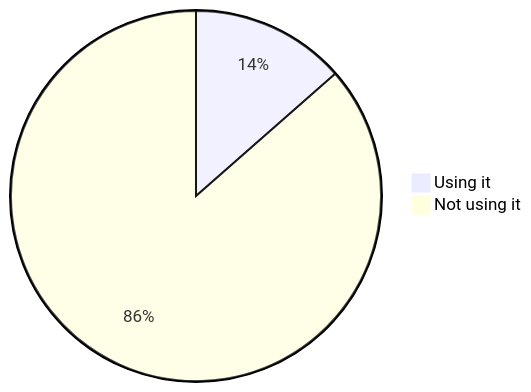
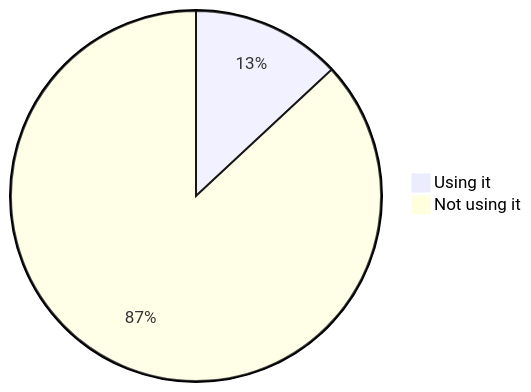
Diagram 18 of 22 in stats.md (oshp/oshp-stats), drawn with Mermaid before and after one commit. The commit also changed other lines of this file, not shown here.

````diff
--- a/stats.md
+++ b/stats.md
@@ -214,6 +214,6 @@
 ```mermaid
 pie
-	"Using it" : 13.53
-	"Not using it" : 86.47
+	"Using it" : 13.06
+	"Not using it" : 86.94
 
 ```
````
